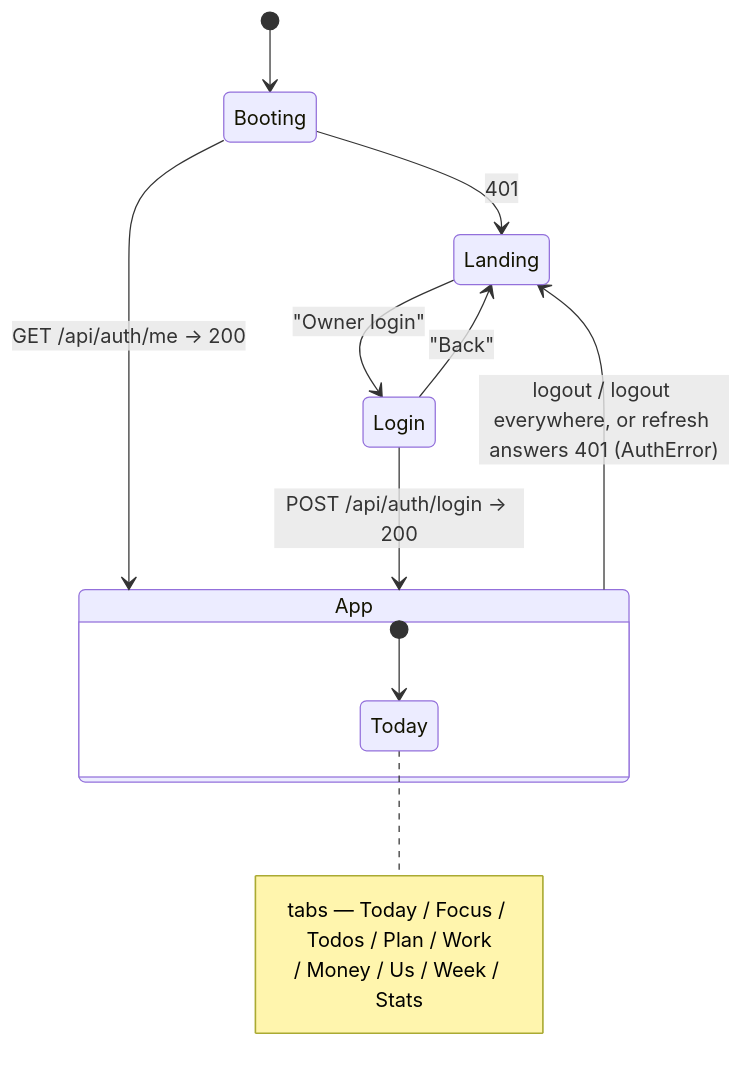
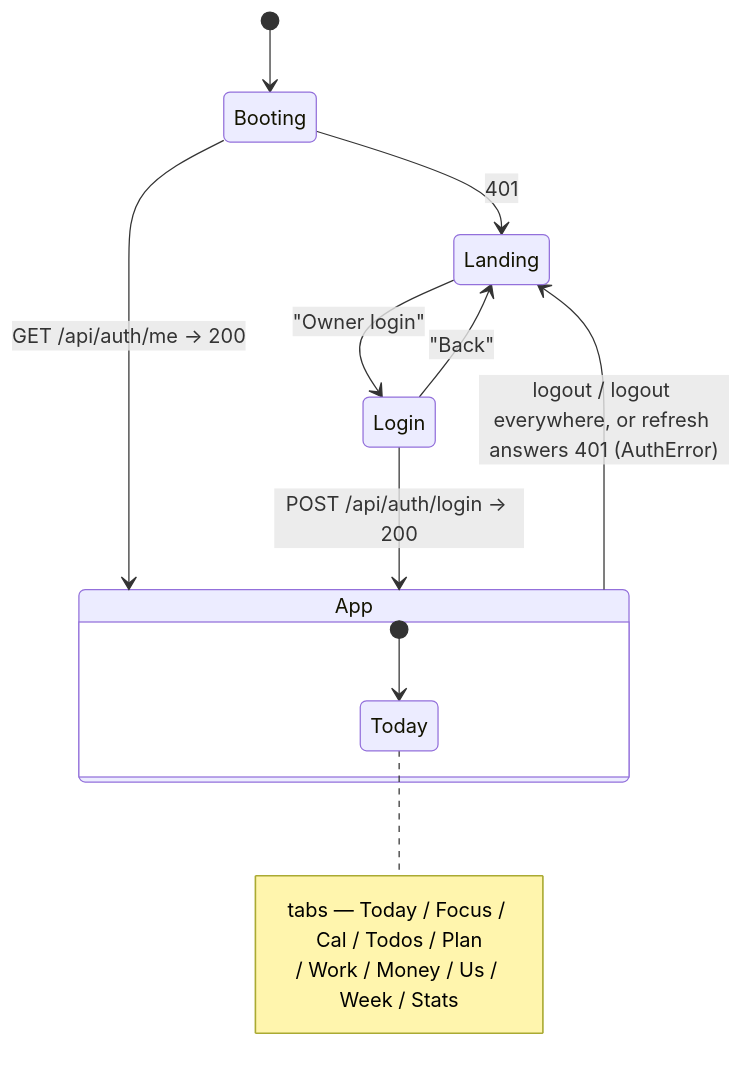
One commit to caseythecoder90/grindtrack changed the first of 2 diagrams in gt2/docs/frontend.md. Above: the diagram before and after it, drawn with Mermaid. The commit also changed other lines of this file and 7 other files, not shown here.

````diff
--- a/gt2/docs/frontend.md
+++ b/gt2/docs/frontend.md
@@ -106,17 +106,17 @@
 ```mermaid
 stateDiagram-v2
     [*] --> Booting
     Booting --> App : GET /api/auth/me → 200
     Booting --> Landing : 401
     Landing --> Login : "Owner login"
     Login --> App : POST /api/auth/login → 200
     Login --> Landing : "Back"
     App --> Landing : logout / logout everywhere, or refresh answers 401 (AuthError)
     state App {
         [*] --> Today
         note right of Today
-            tabs — Today / Focus / Todos / Plan / Work
-            / Money / Us / Week / Stats
+            tabs — Today / Focus / Cal / Todos / Plan
+            / Work / Money / Us / Week / Stats
         end note
     }
 ```
````
